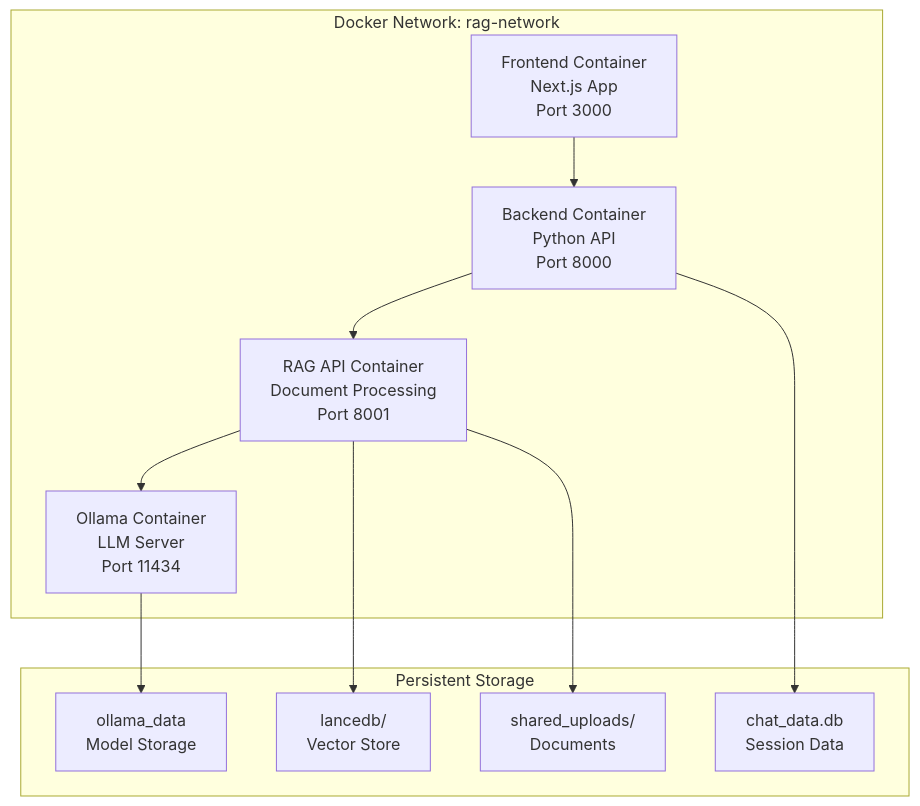
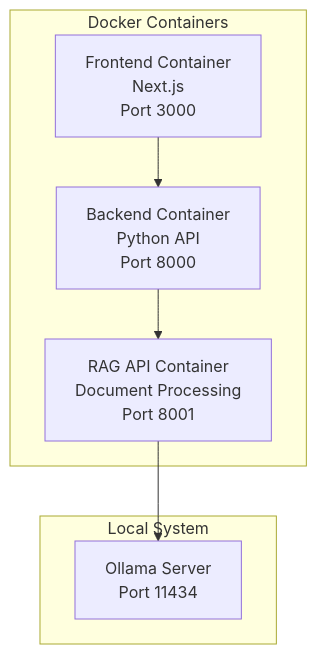
Before and after one commit to PromtEngineer/multimodal_rag: the first of 2 diagrams in Documentation/deployment_guide.md, drawn with Mermaid. The commit also changed other lines of this file and 22 other files, not shown here.

````diff
--- a/Documentation/deployment_guide.md
+++ b/Documentation/deployment_guide.md
@@ -120,25 +284,16 @@
 ```mermaid
 graph TB
-    subgraph "Docker Network: rag-network"
-        Frontend[Frontend Container<br/>Next.js App<br/>Port 3000]
+    subgraph "Docker Containers"
+        Frontend[Frontend Container<br/>Next.js<br/>Port 3000]
         Backend[Backend Container<br/>Python API<br/>Port 8000]
         RAG[RAG API Container<br/>Document Processing<br/>Port 8001]
-        Ollama[Ollama Container<br/>LLM Server<br/>Port 11434]
+    end
+    
+    subgraph "Local System"
+        Ollama[Ollama Server<br/>Port 11434]
     end
     
     Frontend --> Backend
     Backend --> RAG
     RAG --> Ollama
-    
-    subgraph "Persistent Storage"
-        OllamaVol[ollama_data<br/>Model Storage]
-        SQLiteVol[chat_data.db<br/>Session Data]
-        LanceVol[lancedb/<br/>Vector Store]
-        UploadsVol[shared_uploads/<br/>Documents]
-    end
-    
-    Ollama --> OllamaVol
-    Backend --> SQLiteVol
-    RAG --> LanceVol
-    RAG --> UploadsVol
 ```
````
